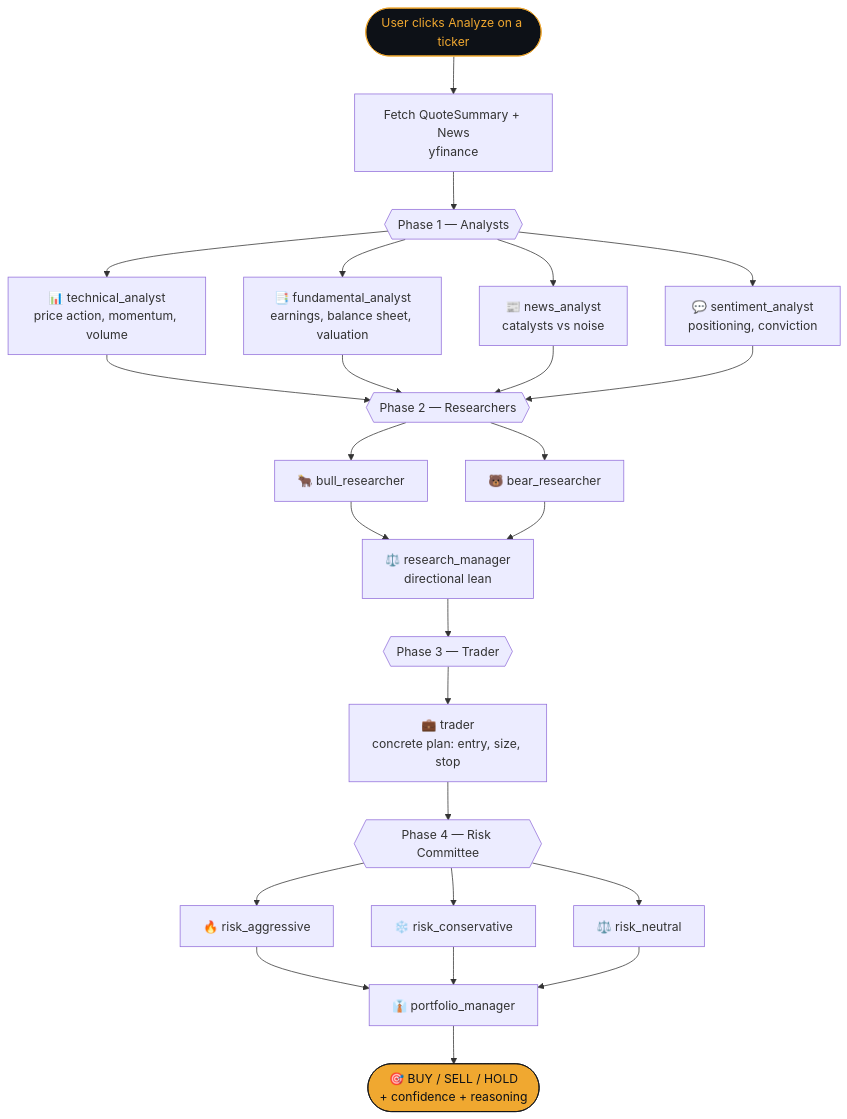
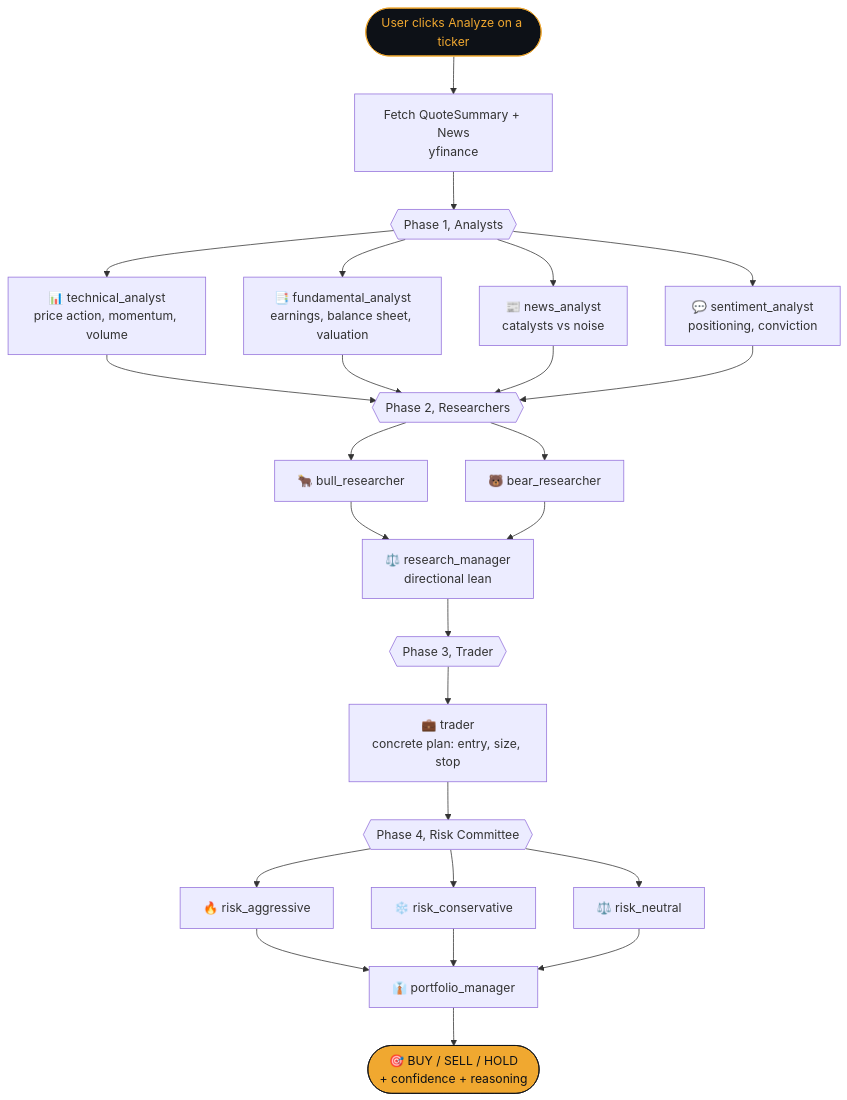
One commit to rjsx197047/HedgeFund_AI changed the second of 3 diagrams in README.md. Above: the diagram before and after it, drawn with Mermaid. The commit also changed other lines of this file and 18 other files, not shown here.

````diff
--- a/README.md
+++ b/README.md
@@ -126,29 +126,29 @@
 ```mermaid
 flowchart TD
     Start([User clicks Analyze on a ticker]) --> Data[Fetch QuoteSummary + News<br/>yfinance]
 
-    Data --> P1{{"Phase 1 — Analysts"}}
+    Data --> P1{{"Phase 1, Analysts"}}
     P1 --> A1[📊 technical_analyst<br/>price action, momentum, volume]
     P1 --> A2[📑 fundamental_analyst<br/>earnings, balance sheet, valuation]
     P1 --> A3[📰 news_analyst<br/>catalysts vs noise]
     P1 --> A4[💬 sentiment_analyst<br/>positioning, conviction]
 
-    A1 & A2 & A3 & A4 --> P2{{"Phase 2 — Researchers"}}
+    A1 & A2 & A3 & A4 --> P2{{"Phase 2, Researchers"}}
     P2 --> R1[🐂 bull_researcher]
     P2 --> R2[🐻 bear_researcher]
     R1 & R2 --> R3[⚖️ research_manager<br/>directional lean]
 
-    R3 --> P3{{"Phase 3 — Trader"}}
+    R3 --> P3{{"Phase 3, Trader"}}
     P3 --> T[💼 trader<br/>concrete plan: entry, size, stop]
 
-    T --> P4{{"Phase 4 — Risk Committee"}}
+    T --> P4{{"Phase 4, Risk Committee"}}
     P4 --> RA[🔥 risk_aggressive]
     P4 --> RC[❄️ risk_conservative]
     P4 --> RN[⚖️ risk_neutral]
     RA & RC & RN --> PM[👔 portfolio_manager]
 
     PM --> Out([🎯 BUY / SELL / HOLD<br/>+ confidence + reasoning])
 
     style Out fill:#f0a830,stroke:#0d1117,color:#0d1117
     style Start fill:#0d1117,stroke:#f0a830,color:#f0a830
 ```
````
